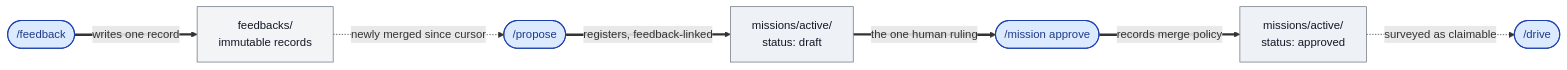
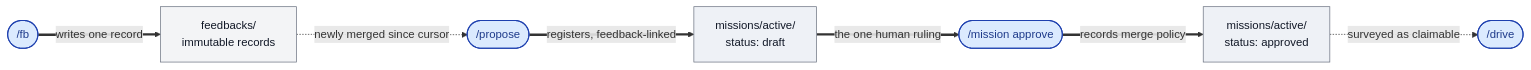
One commit to qmu/workaholic changed the third of 5 diagrams in README.md. Above: the diagram before and after it, drawn with Mermaid. The commit also changed other lines of this file and 5 other files, not shown here.

````diff
--- a/README.md
+++ b/README.md
@@ -260,25 +260,25 @@
 ```mermaid
 flowchart LR
-  feedback(["/feedback"])
+  feedback(["/fb"])
   propose(["/propose"])
   mission(["/mission approve"])
   drive(["/drive"])
 
   FBK["feedbacks/<br/>immutable records"]
   DRAFT["missions/active/<br/>status: draft"]
   APPR["missions/active/<br/>status: approved"]
 
   feedback ==>|writes one record| FBK
   FBK -.->|newly merged since cursor| propose
   propose ==>|registers, feedback-linked| DRAFT
   DRAFT ==>|the one human ruling| mission
   mission ==>|records merge policy| APPR
   APPR -.->|surveyed as claimable| drive
 
   classDef cmd fill:#dbeafe,stroke:#1e40af,stroke-width:1.5px,color:#1e3a8a;
   classDef state fill:#eef1f6,stroke:#6b7280,color:#111827;
   classDef art fill:#f3f4f6,stroke:#6b7280,color:#111827;
   class feedback,propose,mission,drive cmd;
   class DRAFT,APPR state;
   class FBK art;
 ```
````
